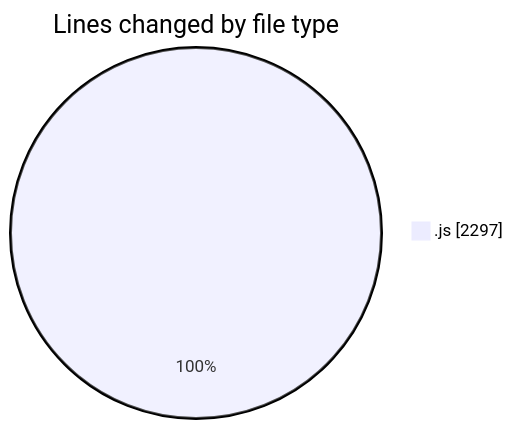
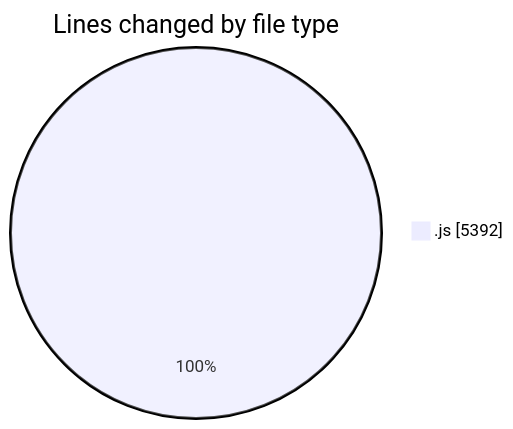
Before and after one commit to nxtqubesakshisongat/code-tracking: the first of 2 diagrams in 2025-09-26/nxtqube_webapp/README.md, drawn with Mermaid. The commit also changed other lines of this file and 1 other file, not shown here.

````diff
--- a/2025-09-26/nxtqube_webapp/README.md
+++ b/2025-09-26/nxtqube_webapp/README.md
@@ -21,5 +21,5 @@
 ```mermaid
 pie showData
 title Lines changed by file type
-".js" : 2297
+".js" : 5392
 ```
````
